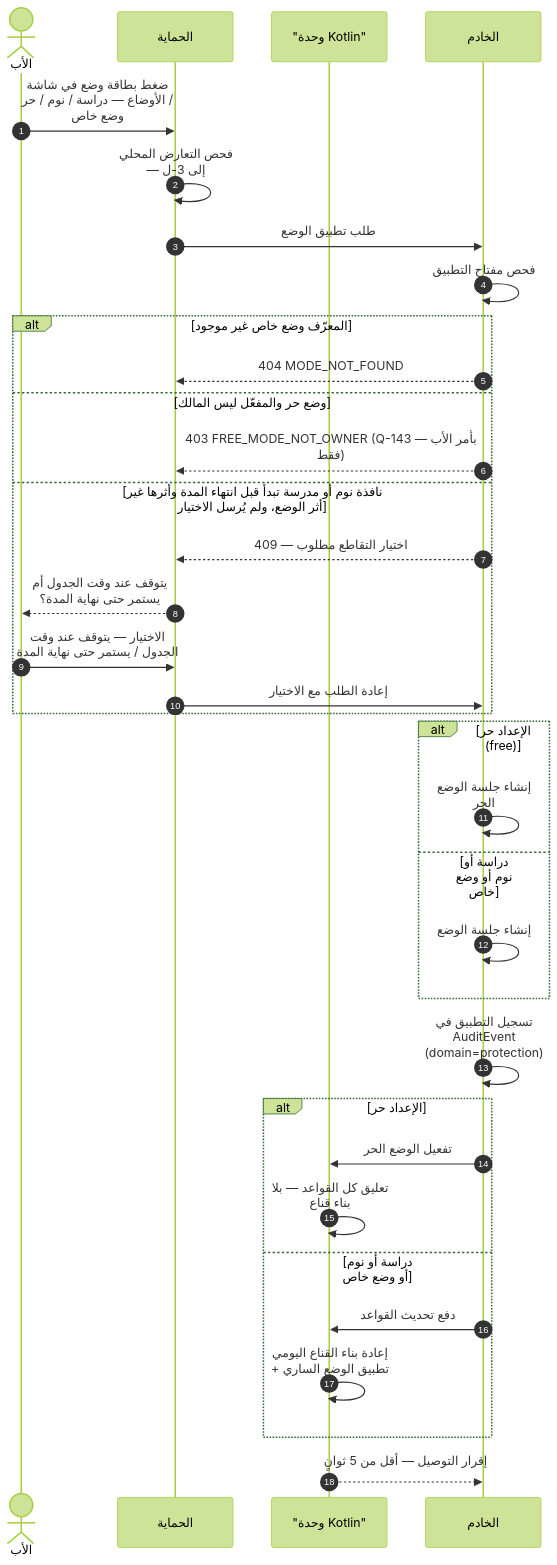
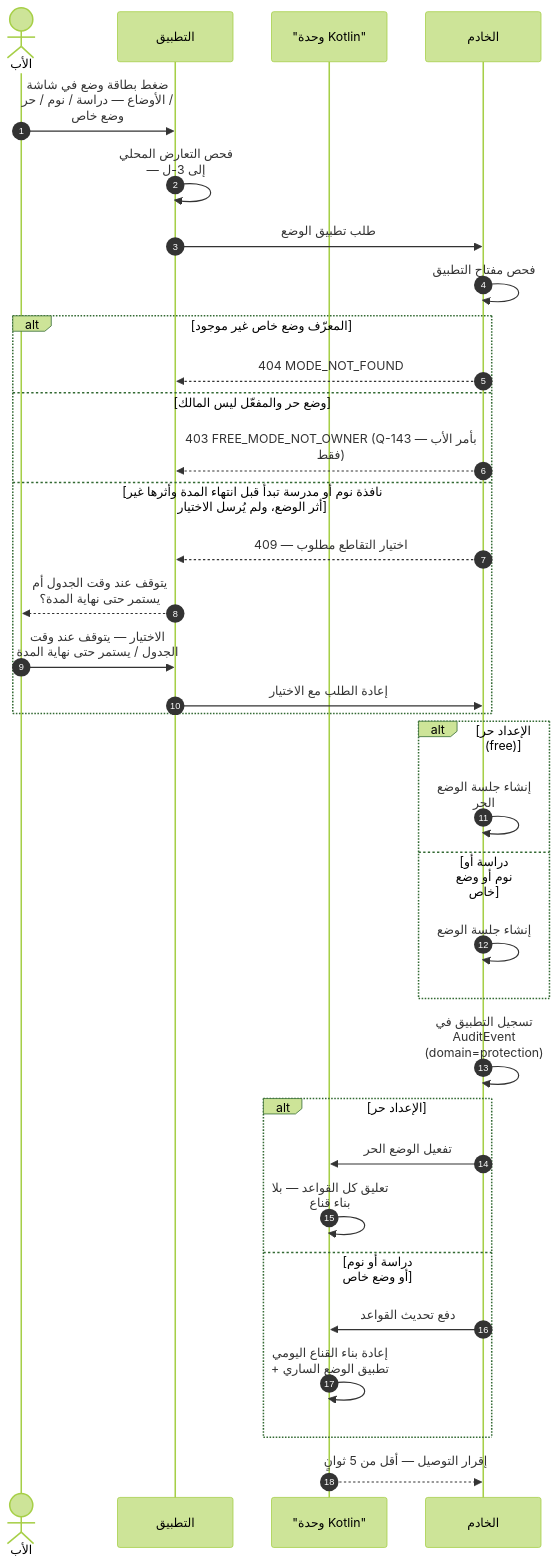
Diagram 14 of 45 in docs/family-os/governance/phases/phase-1/S1-10-protection-and-enforcement/DIAGRAMS.md (Bassam-mohammed-alqaeadi/family-os-v2), drawn with Mermaid (forest theme) before and after one commit. The commit also changed other lines of this file, not shown here.

Commit message:
إغلاق الأسئلة (Q-439): S1-10 — S110 صار App في 3-ط/3-ك1/3-ك2 + أحكام كشف التعارض + تقصير 5-د/5-ز

````diff
--- a/docs/family-os/governance/phases/phase-1/S1-10-protection-and-enforcement/DIAGRAMS.md
+++ b/docs/family-os/governance/phases/phase-1/S1-10-protection-and-enforcement/DIAGRAMS.md
@@ -706,37 +706,37 @@
 ```mermaid
 %%{init: {"sequence": {"wrap": true}}}%%
 sequenceDiagram
     autonumber
     actor Father as الأب
-    participant S110 as الحماية
+    participant App as التطبيق
     participant K as "وحدة Kotlin"
     participant Ktor as الخادم
-    Father->>S110: ضغط بطاقة وضع في شاشة الأوضاع — دراسة / نوم / حر / وضع خاص
-    S110->>S110: فحص التعارض المحلي — إلى 3-ل
-    S110->>Ktor: طلب تطبيق الوضع
+    Father->>App: ضغط بطاقة وضع في شاشة الأوضاع — دراسة / نوم / حر / وضع خاص
+    App->>App: فحص التعارض المحلي — إلى 3-ل
+    App->>Ktor: طلب تطبيق الوضع
     Ktor->>Ktor: فحص مفتاح التطبيق
     alt المعرّف وضع خاص غير موجود
-        Ktor-->>S110: 404 MODE_NOT_FOUND
+        Ktor-->>App: 404 MODE_NOT_FOUND
     else وضع حر والمفعّل ليس المالك
-        Ktor-->>S110: 403 FREE_MODE_NOT_OWNER (Q-143 — بأمر الأب فقط)
+        Ktor-->>App: 403 FREE_MODE_NOT_OWNER (Q-143 — بأمر الأب فقط)
     else نافذة نوم أو مدرسة تبدأ قبل انتهاء المدة وأثرها غير أثر الوضع، ولم يُرسل الاختيار
-        Ktor-->>S110: 409 — اختيار التقاطع مطلوب
-        S110-->>Father: يتوقف عند وقت الجدول أم يستمر حتى نهاية المدة؟
-        Father->>S110: الاختيار — يتوقف عند وقت الجدول / يستمر حتى نهاية المدة
-        S110->>Ktor: إعادة الطلب مع الاختيار
+        Ktor-->>App: 409 — اختيار التقاطع مطلوب
+        App-->>Father: يتوقف عند وقت الجدول أم يستمر حتى نهاية المدة؟
+        Father->>App: الاختيار — يتوقف عند وقت الجدول / يستمر حتى نهاية المدة
+        App->>Ktor: إعادة الطلب مع الاختيار
     end
     alt الإعداد حر (free)
         Ktor->>Ktor: إنشاء جلسة الوضع الحر
     else دراسة أو نوم أو وضع خاص
         Ktor->>Ktor: إنشاء جلسة الوضع
     end
     Ktor->>Ktor: تسجيل التطبيق في AuditEvent (domain=protection)
     alt الإعداد حر
         Ktor->>K: تفعيل الوضع الحر
         K->>K: تعليق كل القواعد — بلا بناء قناع
     else دراسة أو نوم أو وضع خاص
         Ktor->>K: دفع تحديث القواعد
         K->>K: إعادة بناء القناع اليومي + تطبيق الوضع الساري
     end
     K-->>Ktor: إقرار التوصيل — أقل من 5 ثوانٍ
 ```
````
